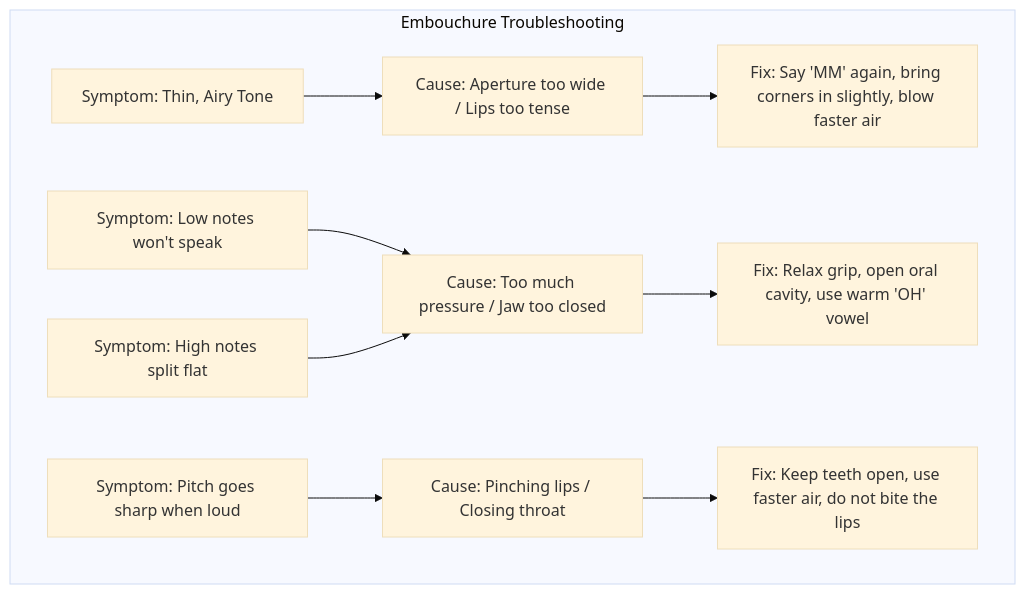
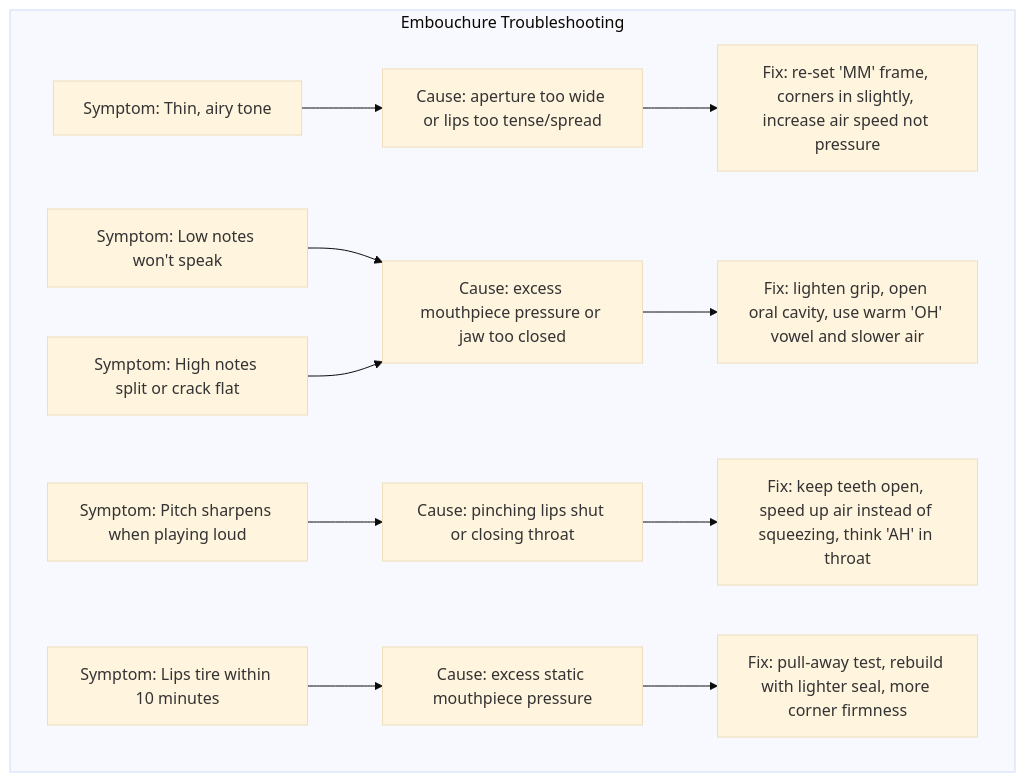
Before and after one commit to blebleblee/synapse: the second of 3 diagrams in topics/arts/music_performance/brass/lesson_04_performance_practices.md, drawn with Mermaid (base theme). The commit also changed other lines of this file and 4 other files, not shown here.

````diff
--- a/topics/arts/music_performance/brass/lesson_04_performance_practices.md
+++ b/topics/arts/music_performance/brass/lesson_04_performance_practices.md
@@ -53,12 +87,14 @@
 ```mermaid
 graph TB
     subgraph sub_troubleshoot ["Embouchure Troubleshooting"]
-        A["Symptom: Thin, Airy Tone"] --> B["Cause: Aperture too wide / Lips too tense"]
-        B --> C["Fix: Say 'MM' again, bring corners in slightly, blow faster air"]
-        D["Symptom: Low notes won't speak"] --> E["Cause: Too much pressure / Jaw too closed"]
-        E --> F["Fix: Relax grip, open oral cavity, use warm 'OH' vowel"]
-        G["Symptom: High notes split flat"] --> E
-        H["Symptom: Pitch goes sharp when loud"] --> I["Cause: Pinching lips / Closing throat"]
-        I --> J["Fix: Keep teeth open, use faster air, do not bite the lips"]
+        A["Symptom: Thin, airy tone"] --> B["Cause: aperture too wide or lips too tense/spread"]
+        B --> C["Fix: re-set 'MM' frame, corners in slightly, increase air speed not pressure"]
+        D["Symptom: Low notes won't speak"] --> E["Cause: excess mouthpiece pressure or jaw too closed"]
+        E --> F["Fix: lighten grip, open oral cavity, use warm 'OH' vowel and slower air"]
+        G["Symptom: High notes split or crack flat"] --> E
+        H["Symptom: Pitch sharpens when playing loud"] --> I["Cause: pinching lips shut or closing throat"]
+        I --> J["Fix: keep teeth open, speed up air instead of squeezing, think 'AH' in throat"]
+        K["Symptom: Lips tire within 10 minutes"] --> L["Cause: excess static mouthpiece pressure"]
+        L --> M["Fix: pull-away test, rebuild with lighter seal, more corner firmness"]
     end
 ```
````
